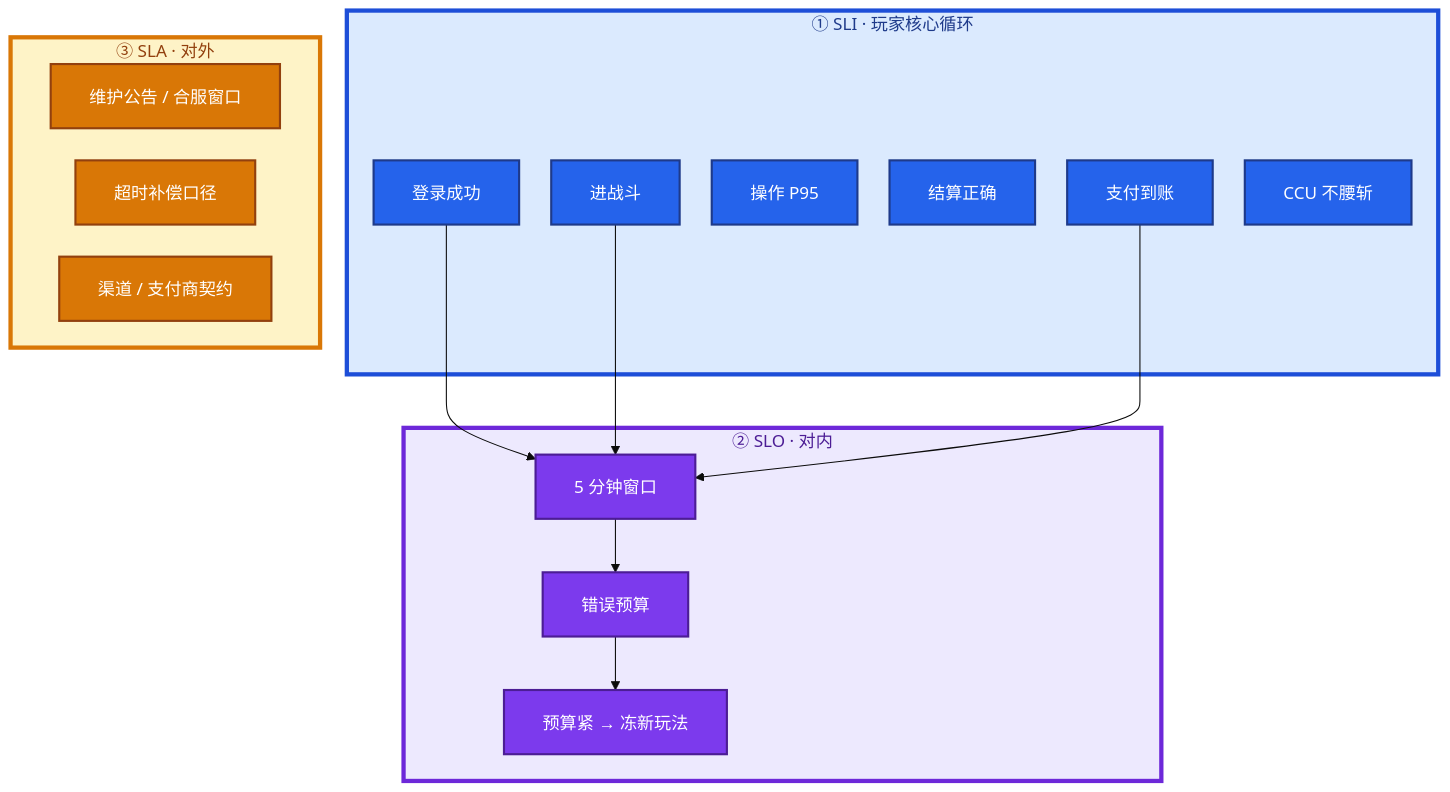
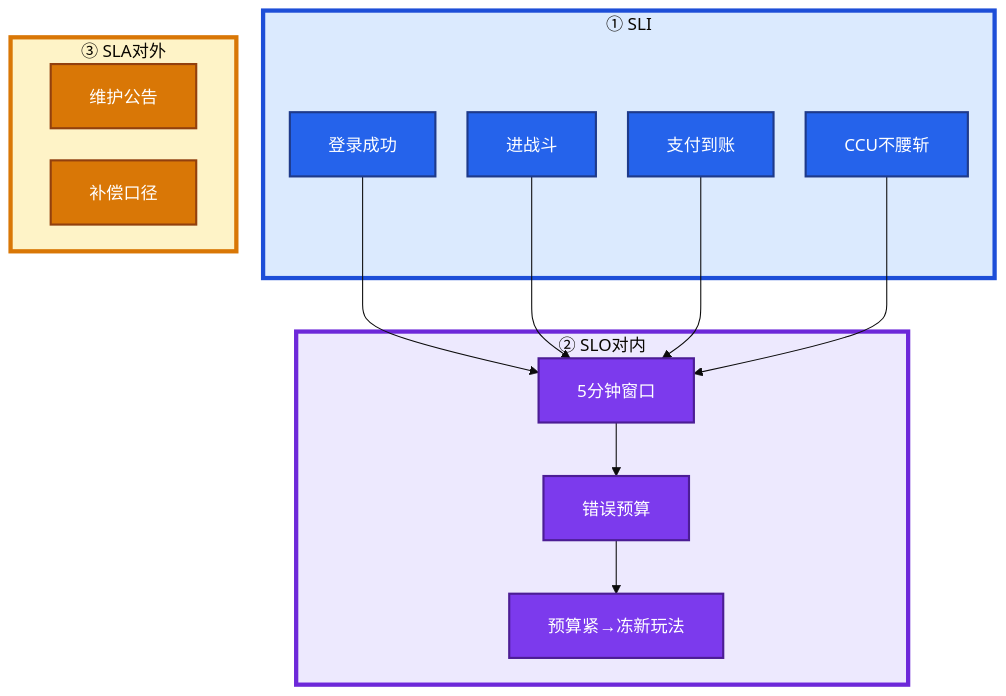
The second of 6 diagrams in 08-游戏运维专题/09-游戏SRE稳定性/知识点.md (ml-cuizijun/LearnToLilith), drawn with Mermaid before and after one commit. The commit also changed other lines of this file and 213 other files, not shown here.

````diff
--- a/08-游戏运维专题/09-游戏SRE稳定性/知识点.md
+++ b/08-游戏运维专题/09-游戏SRE稳定性/知识点.md
@@ -84,40 +65,33 @@
 ```mermaid
 %%{init: {"flowchart": {"padding": 18, "nodeSpacing": 30, "rankSpacing": 50}, "theme": "base"}}%%
 flowchart TB
-    subgraph sli ["① SLI · 玩家核心循环"]
+    subgraph sli ["① SLI"]
         login[登录成功]
         battle[进战斗]
-        p95[操作 P95]
-        settle[结算正确]
         pay[支付到账]
-        ccu[CCU 不腰斩]
+        ccu[CCU不腰斩]
     end
-
-    subgraph slo ["② SLO · 对内"]
-        win["5 分钟窗口"]
+    subgraph slo ["② SLO对内"]
+        win[5分钟窗口]
         budget[错误预算]
-        freeze[预算紧 → 冻新玩法]
+        freeze[预算紧→冻新玩法]
         win --> budget --> freeze
     end
-
-    subgraph sla ["③ SLA · 对外"]
-        announce[维护公告 / 合服窗口]
-        comp[超时补偿口径]
-        channel[渠道 / 支付商契约]
+    subgraph sla ["③ SLA对外"]
+        announce[维护公告]
+        comp[补偿口径]
     end
-
-    login --> win
-    battle --> win
-    pay --> win
+    login & battle & pay --> win
+    ccu --> win
 
     classDef sliC fill:#2563EB,stroke:#1E3A8A,stroke-width:2px,color:#fff
     classDef sloC fill:#7C3AED,stroke:#4C1D95,stroke-width:2px,color:#fff
     classDef slaC fill:#D97706,stroke:#92400E,stroke-width:2px,color:#fff
-    class login,battle,p95,settle,pay,ccu sliC
+    class login,battle,pay,ccu sliC
     class win,budget,freeze sloC
-    class announce,comp,channel slaC
+    class announce,comp slaC
 
-    style sli fill:#DBEAFE,stroke:#1D4ED8,stroke-width:4px,color:#1E3A8A
-    style slo fill:#EDE9FE,stroke:#6D28D9,stroke-width:4px,color:#4C1D95
-    style sla fill:#FEF3C7,stroke:#D97706,stroke-width:4px,color:#92400E
+    style sli fill:#DBEAFE,stroke:#1D4ED8,stroke-width:4px
+    style slo fill:#EDE9FE,stroke:#6D28D9,stroke-width:4px
+    style sla fill:#FEF3C7,stroke:#D97706,stroke-width:4px
 ```
````
